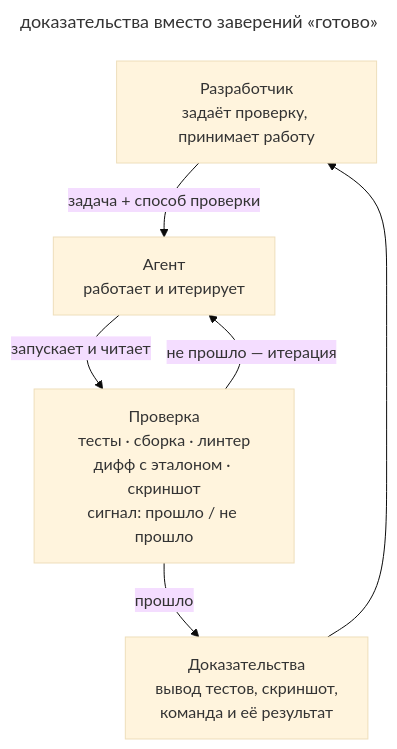
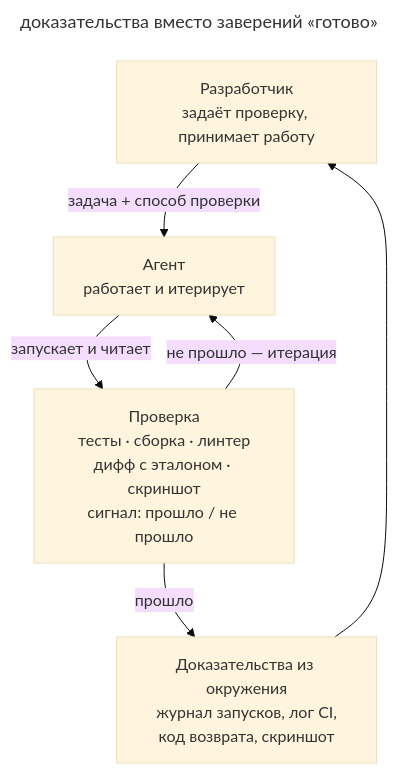
The diagram in book/ru/give-agent-a-way-to-verify.md (Rastavelli/agentic-coding-design-patterns), drawn with Mermaid (base theme) before and after one commit. The commit also changed other lines of this file and 2 other files, not shown here.

Commit message:
docs: require environment-recorded evidence in feedback loop

````diff
--- a/book/ru/give-agent-a-way-to-verify.md
+++ b/book/ru/give-agent-a-way-to-verify.md
@@ -45,15 +45,15 @@
 ```mermaid
 ---
 title: доказательства вместо заверений «готово»
 ---
 flowchart TB
   dev["Разработчик<br/>задаёт проверку, принимает работу"]:::accent
   agent["Агент<br/>работает и итерирует"]
   check["Проверка<br/>тесты · сборка · линтер<br/>дифф с эталоном · скриншот<br/>сигнал: прошло / не прошло"]
-  evidence["Доказательства<br/>вывод тестов, скриншот,<br/>команда и её результат"]:::accent
+  evidence["Доказательства из окружения<br/>журнал запусков, лог CI,<br/>код возврата, скриншот"]:::accent
   dev -- "задача + способ проверки" --> agent
   agent -- "запускает и читает" --> check
   check -- "не прошло — итерация" --> agent
   check -- "прошло" --> evidence
   evidence --> dev
 ```
````
